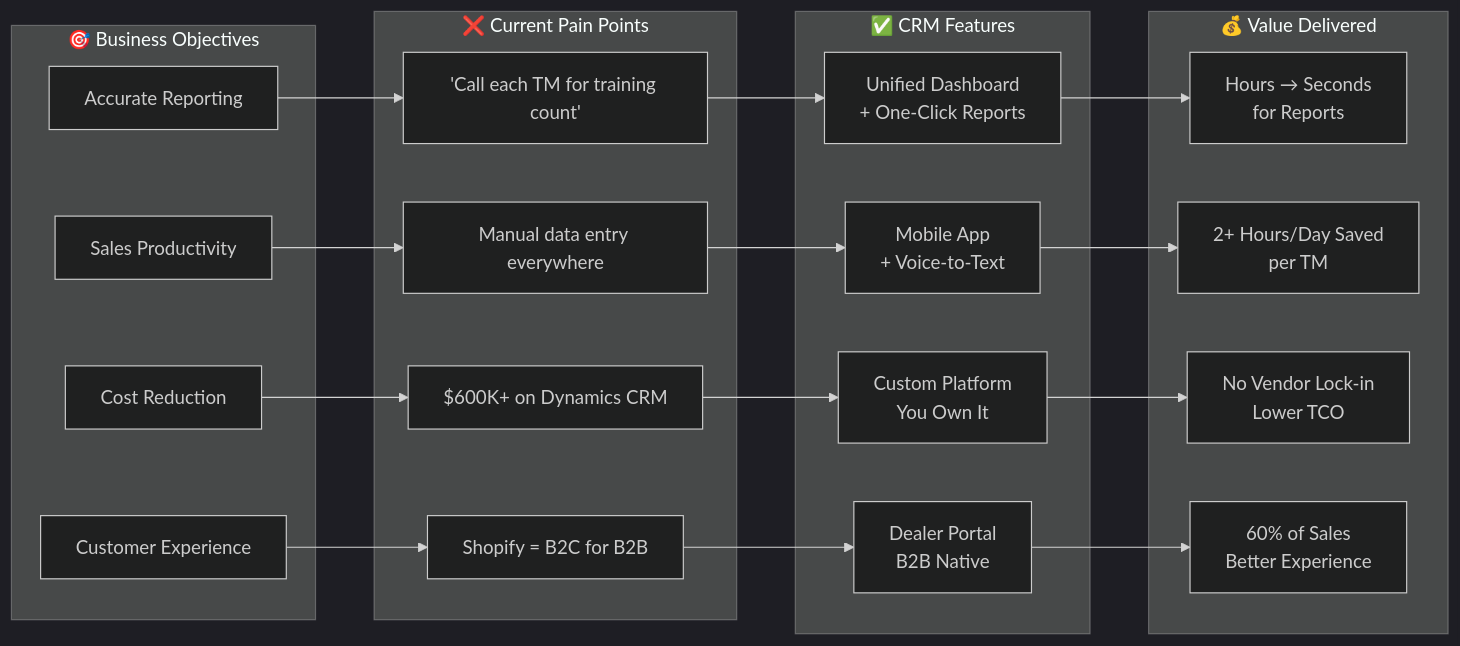
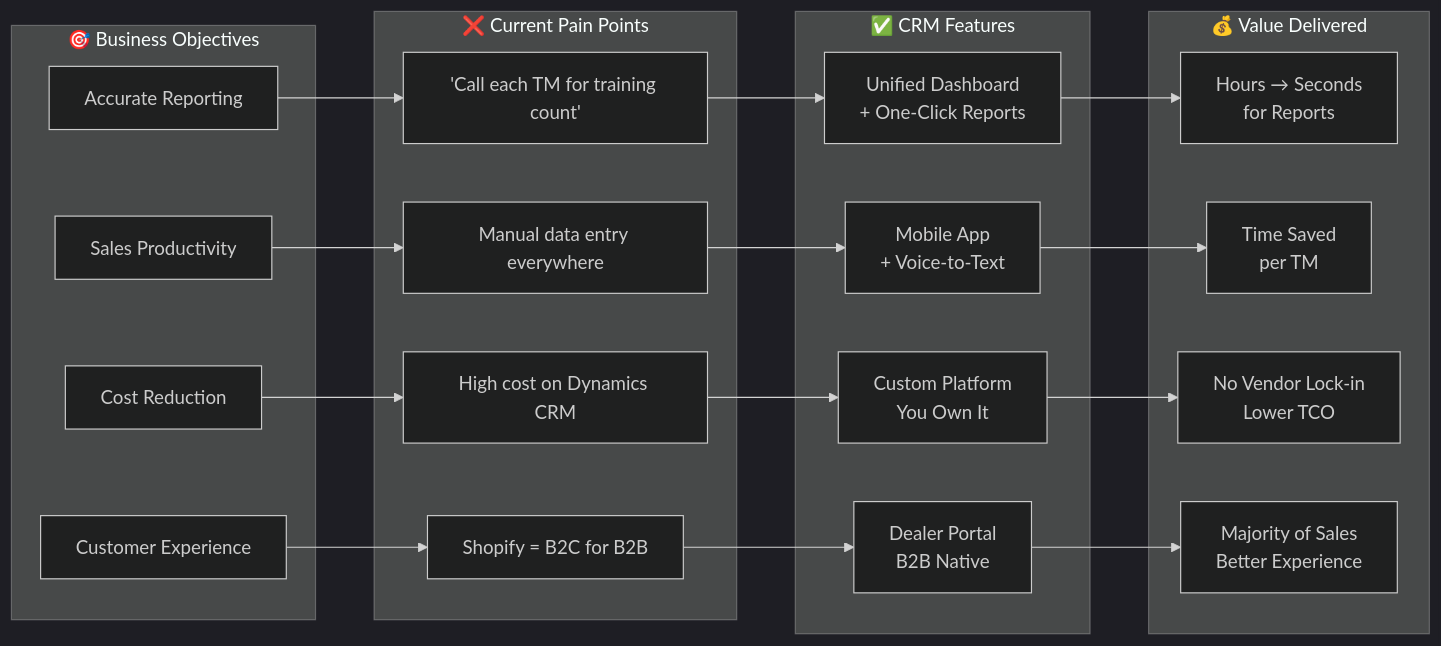
One commit to ahmadhassan91/dynamic-aqs changed the second of 15 diagrams in docs/WORKFLOW_DIAGRAMS.md. Above: the diagram before and after it, drawn with Mermaid (dark theme). The commit also changed other lines of this file and 2 other files, not shown here.

````diff
--- a/docs/WORKFLOW_DIAGRAMS.md
+++ b/docs/WORKFLOW_DIAGRAMS.md
@@ -70,35 +56,35 @@
 ```mermaid
 flowchart LR
     subgraph OBJ ["🎯 Business Objectives"]
         O1[Accurate Reporting]
         O2[Sales Productivity]
         O3[Cost Reduction]
         O4[Customer Experience]
     end
     
     subgraph PAIN ["❌ Current Pain Points"]
         P1["'Call each TM for training count'"]
         P2["Manual data entry everywhere"]
-        P3["$600K+ on Dynamics CRM"]
+        P3["High cost on Dynamics CRM"]
         P4["Shopify = B2C for B2B"]
     end
     
     subgraph FEAT ["✅ CRM Features"]
         F1[Unified Dashboard<br/>+ One-Click Reports]
         F2[Mobile App<br/>+ Voice-to-Text]
         F3[Custom Platform<br/>You Own It]
         F4[Dealer Portal<br/>B2B Native]
     end
     
     subgraph VALUE ["💰 Value Delivered"]
         V1["Hours → Seconds<br/>for Reports"]
-        V2["2+ Hours/Day Saved<br/>per TM"]
+        V2["Time Saved<br/>per TM"]
         V3["No Vendor Lock-in<br/>Lower TCO"]
-        V4["60% of Sales<br/>Better Experience"]
+        V4["Majority of Sales<br/>Better Experience"]
     end
     
     O1 --> P1 --> F1 --> V1
     O2 --> P2 --> F2 --> V2
     O3 --> P3 --> F3 --> V3
     O4 --> P4 --> F4 --> V4
 ```
````
